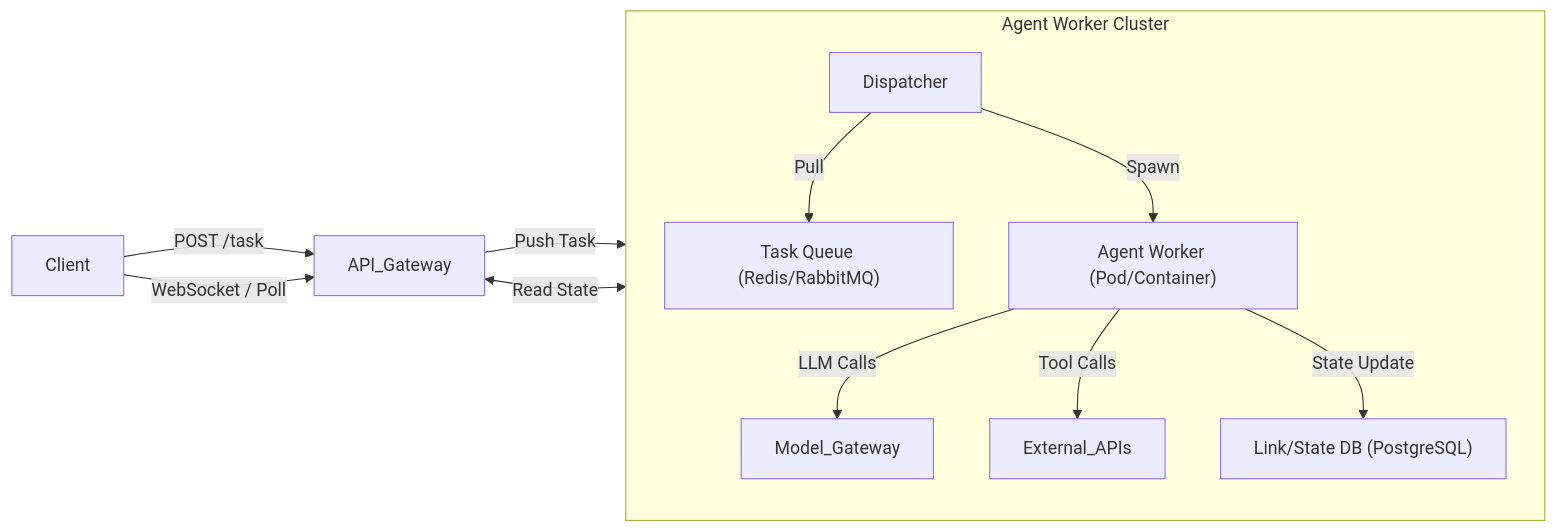
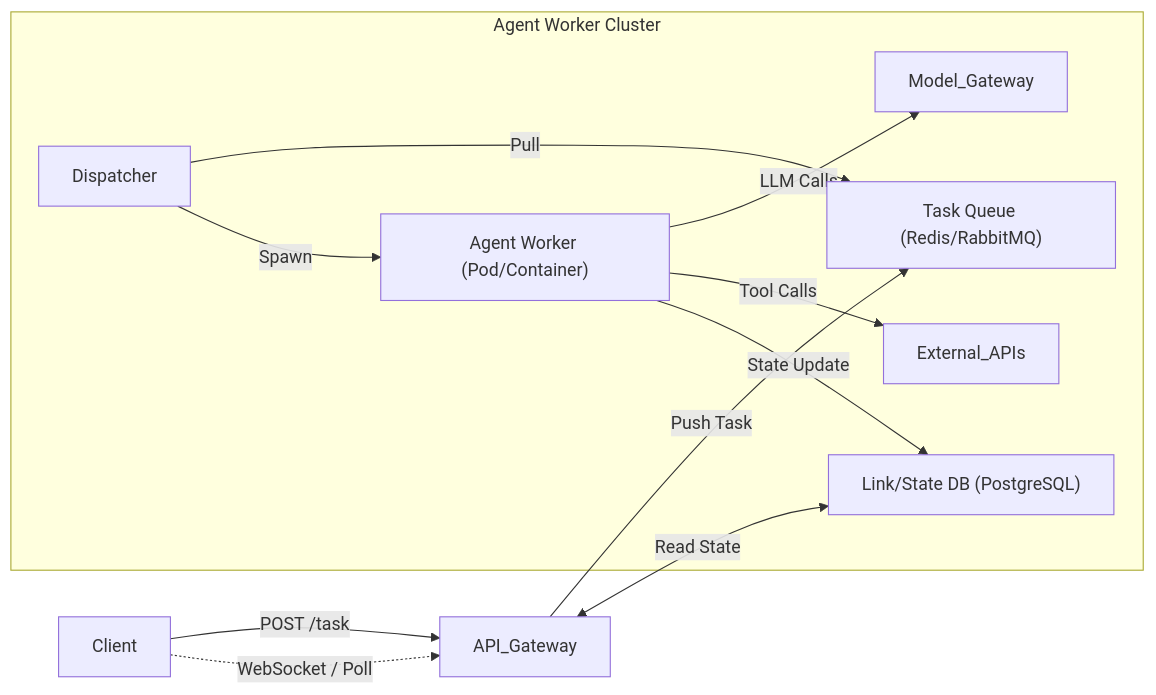
One commit to yeasy/agentic_ai_guide changed the first of 2 diagrams in 09_agentops/9.4_enterprise.md. Above: the diagram before and after it, drawn with Mermaid. The commit also changed other lines of this file and 48 other files, not shown here.

````diff
--- a/09_agentops/9.4_enterprise.md
+++ b/09_agentops/9.4_enterprise.md
@@ -16,18 +15,17 @@
 ```mermaid
 graph LR
     Client -->|"POST /task"| API_Gateway
     API_Gateway -->|"Push Task"| Queue["Task Queue (Redis/RabbitMQ)"]
     
-    subgraph "Agent Worker Cluster"
-        direction TB
+    subgraph AgentWorkerCluster["Agent Worker Cluster"]
         Dispatcher -->|"Pull"| Queue
         Dispatcher -->|"Spawn"| Worker["Agent Worker (Pod/Container)"]
         
         Worker -->|"LLM Calls"| Model_Gateway
         Worker -->|"Tool Calls"| External_APIs
         Worker -->|"State Update"| State_Store["Link/State DB (PostgreSQL)"]
     end
     
-    Client -->|"WebSocket / Poll"| API_Gateway
+    Client -.->|"WebSocket / Poll"| API_Gateway
     API_Gateway <-->|"Read State"| State_Store
 ```
````
